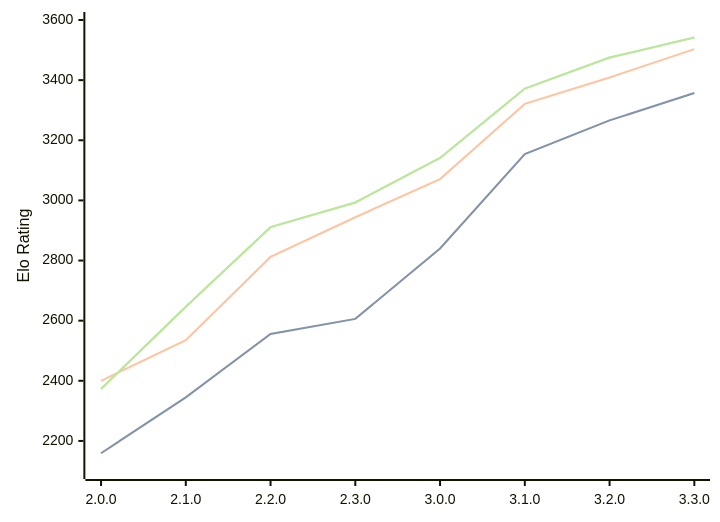
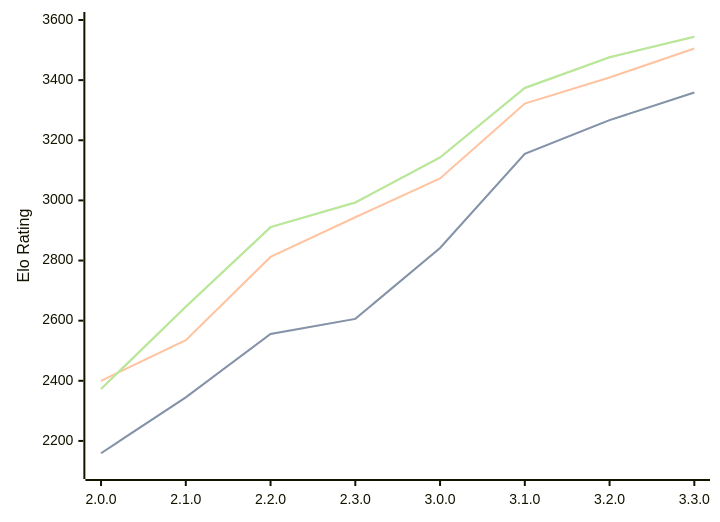
Before and after one commit to computer-chess-index/cci: the diagram in engines/Raphael.md, drawn with Mermaid. The commit also changed other lines of this file, not shown here.

Commit message:
Update CCI Ratings (ELO VLTC) - 2026-04-24

````diff
--- a/engines/Raphael.md
+++ b/engines/Raphael.md
@@ -50,11 +50,11 @@
 ```mermaid
 %%{init: {"theme":"base","themeVariables":{"seriesColors:['#a3a3a3','#222221','#faa371']}}}%%
 xychart-beta
   x-axis ["2.0.0", "2.1.0", "2.2.0", "2.3.0", "3.0.0", "3.1.0", "3.2.0", "3.3.0"]
   y-axis "Elo Rating" 2100 --> 3600
-  line "STC (8.0+0.08s)" [2159, 2345, 2556, 2606, 2840, 3154, 3266, 3357]
-  line "STC (8.0+0.08s)" [2159, 2345, 2556, 2606, 2840, 3154, 3266, 3357]
-  line "LTC (60.0+0.60s)" [2400, 2535, 2812, 2944, 3071, 3321, 3409, 3503]
-  line "VLTC (2m24s+1.12s)" [2373, 2646, 2911, 2993, 3141, 3372, 3475, 3542]
-  line "VLTC (2m24s+1.12s)" [2373, 2646, 2911, 2993, 3141, 3372, 3475, 3542]
+  line "STC (8.0+0.08s)" [2159, 2345, 2556, 2606, 2842, 3155, 3267, 3359]
+  line "STC (8.0+0.08s)" [2159, 2345, 2556, 2606, 2842, 3155, 3267, 3359]
+  line "LTC (60.0+0.60s)" [2400, 2535, 2812, 2944, 3073, 3322, 3409, 3505]
+  line "VLTC (2m24s+1.12s)" [2373, 2646, 2911, 2993, 3143, 3374, 3476, 3544]
+  line "VLTC (2m24s+1.12s)" [2373, 2646, 2911, 2993, 3143, 3374, 3476, 3544]
 ```
````
